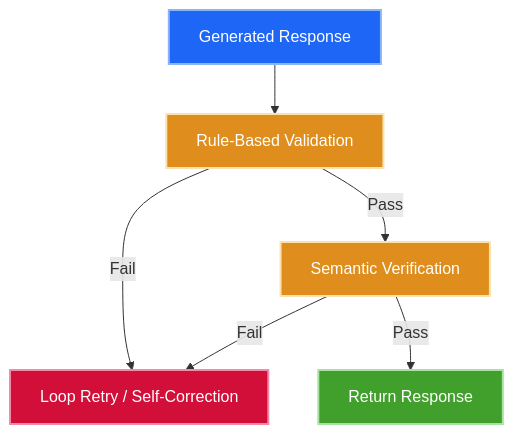
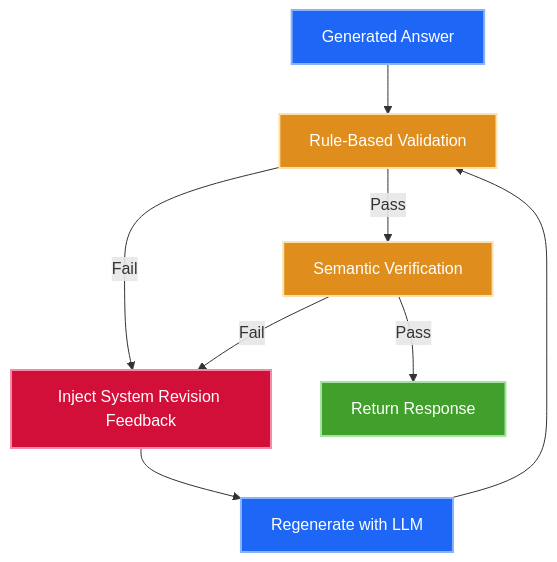
The third of 3 diagrams in README.md (himanshu-jadhav108/AgentFlow-AI), drawn with Mermaid before and after one commit. The commit also changed other lines of this file, not shown here.

Commit message:
docs: overhaul README with product storytelling, visual flows, and engineering highlights

````diff
--- a/README.md
+++ b/README.md
@@ -244,13 +160,15 @@
 ```mermaid
 graph TD;
     classDef styleGen fill:#1E66F5,stroke:#89B4FA,stroke-width:2px,color:#FFFFFF;
     classDef styleRule fill:#DF8E1D,stroke:#F9E2AF,stroke-width:2px,color:#FFFFFF;
     classDef stylePass fill:#40A02B,stroke:#A6E3A1,stroke-width:2px,color:#FFFFFF;
     classDef styleFail fill:#D20F39,stroke:#F38BA8,stroke-width:2px,color:#FFFFFF;
 
-    Gen[Generated Response]:::styleGen --> Rule[Rule-Based Validation]:::styleRule;
-    Rule -->|Fail| Retry[Loop Retry / Self-Correction]:::styleFail;
+    Gen[Generated Answer]:::styleGen --> Rule[Rule-Based Validation]:::styleRule;
+    Rule -->|Fail| Feedback[Inject System Revision Feedback]:::styleFail;
+    Feedback --> Retry[Regenerate with LLM]:::styleGen;
+    Retry --> Rule;
     Rule -->|Pass| Sem[Semantic Verification]:::styleRule;
     Sem -->|Pass| Pass[Return Response]:::stylePass;
-    Sem -->|Fail| Retry;
+    Sem -->|Fail| Feedback;
 ```
````
